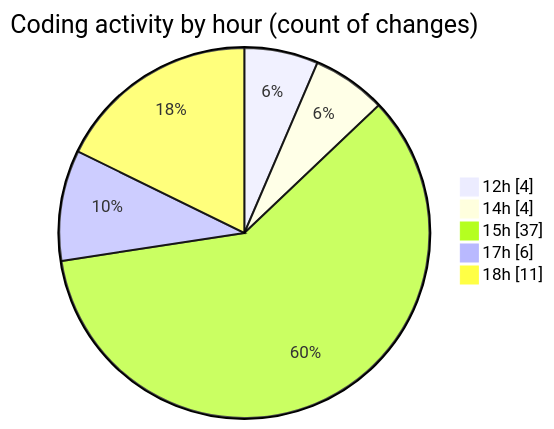
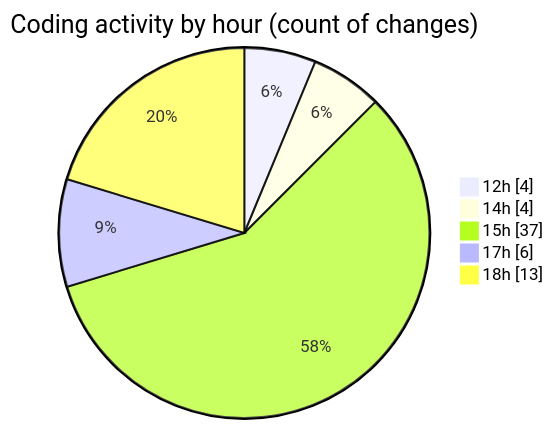
One commit to nxtqubesakshisongat/code-tracking changed the second of 2 diagrams in 2025-05-21/nxtqube_webapp/README.md. Above: the diagram before and after it, drawn with Mermaid. The commit also changed other lines of this file and 1 other file, not shown here.

````diff
--- a/2025-05-21/nxtqube_webapp/README.md
+++ b/2025-05-21/nxtqube_webapp/README.md
@@ -38,9 +38,9 @@
 ```mermaid
 pie showData
 title Coding activity by hour (count of changes)
 "12h" : 4
 "14h" : 4
 "15h" : 37
 "17h" : 6
-"18h" : 11
+"18h" : 13
 ```
````
